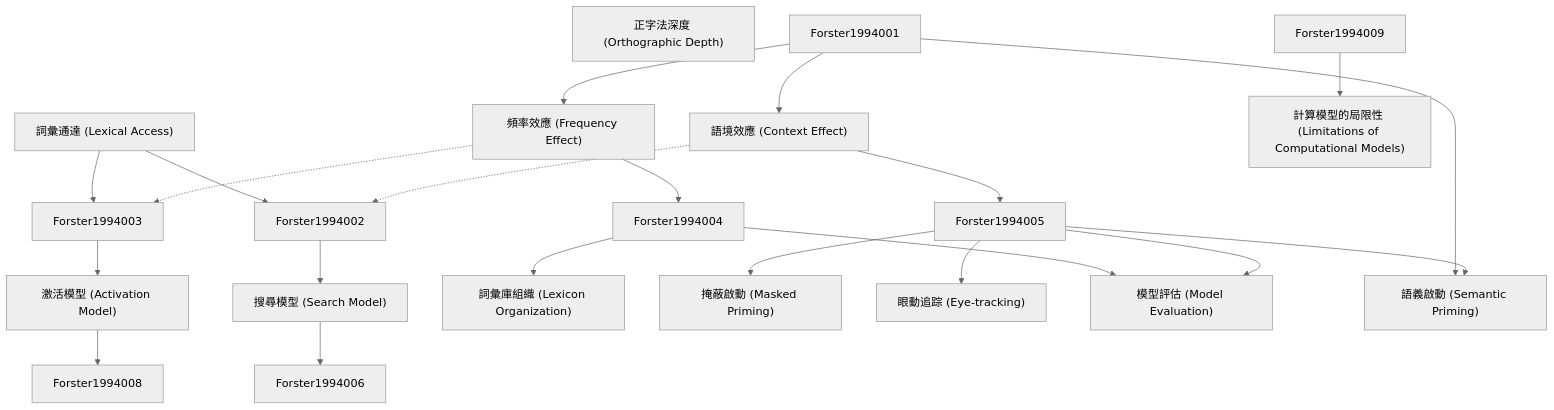
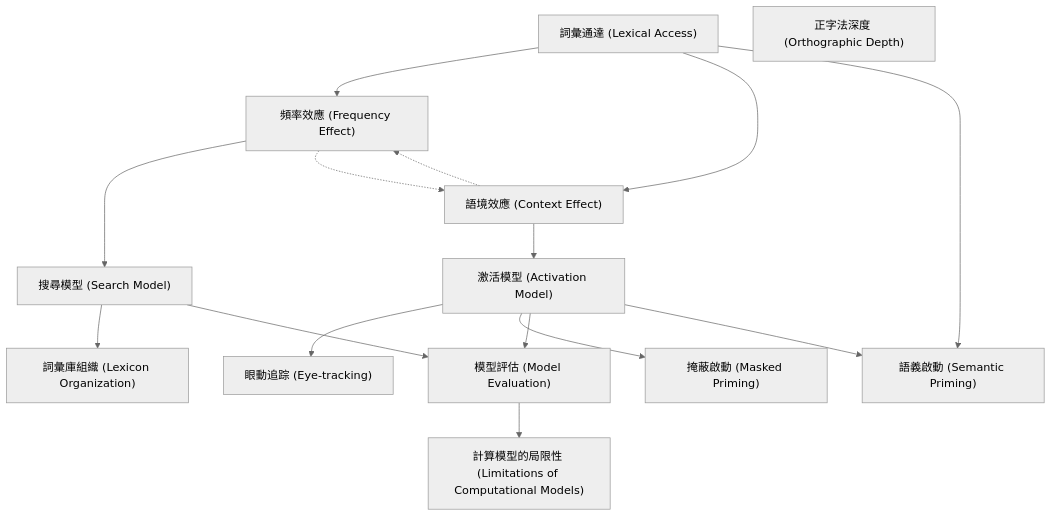
One commit to SCgeeker/Claude_Journal_Club_Agents changed the diagram in output/zettelkasten_notes/zettel_Forster-1994_20251104/zettel_index.md. Above: the diagram before and after it, drawn with Mermaid (neutral theme). The commit also changed 776 other files, not shown here.

````diff
--- a/output/zettelkasten_notes/zettel_Forster-1994_20251104/zettel_index.md
+++ b/output/zettelkasten_notes/zettel_Forster-1994_20251104/zettel_index.md
@@ -92,68 +92,62 @@
 ```mermaid
 graph TD
 
     Forster-1994-001["詞彙通達 (Lexical Access)"]
 
     Forster-1994-002["頻率效應 (Frequency Effect)"]
 
     Forster-1994-003["語境效應 (Context Effect)"]
 
     Forster-1994-004["搜尋模型 (Search Model)"]
 
     Forster-1994-005["激活模型 (Activation Model)"]
 
     Forster-1994-006["詞彙庫組織 (Lexicon Organization)"]
 
     Forster-1994-007["掩蔽啟動 (Masked Priming)"]
 
     Forster-1994-008["眼動追踪 (Eye-tracking)"]
 
     Forster-1994-009["模型評估 (Model Evaluation)"]
 
     Forster-1994-010["語義啟動 (Semantic Priming)"]
 
     Forster-1994-011["正字法深度 (Orthographic Depth)"]
 
     Forster-1994-012["計算模型的局限性 (Limitations of Computational Models)"]
 
-    Forster-1994-001 --> Forster1994002
+    Forster-1994-001 --> Forster-1994-002
 
-    Forster-1994-001 --> Forster1994003
+    Forster-1994-001 --> Forster-1994-003
 
-    Forster1994001 --> Forster-1994-002
 
-    Forster-1994-002 --> Forster1994004
+    Forster-1994-002 --> Forster-1994-004
 
-    Forster-1994-002 -.-> Forster1994003
+    Forster-1994-002 -.-> Forster-1994-003
 
-    Forster1994001 --> Forster-1994-003
 
-    Forster-1994-003 --> Forster1994005
+    Forster-1994-003 --> Forster-1994-005
 
-    Forster-1994-003 -.-> Forster1994002
+    Forster-1994-003 -.-> Forster-1994-002
 
-    Forster1994002 --> Forster-1994-004
 
-    Forster-1994-004 --> Forster1994006
+    Forster-1994-004 --> Forster-1994-006
 
-    Forster1994003 --> Forster-1994-005
 
-    Forster-1994-005 --> Forster1994008
+    Forster-1994-005 --> Forster-1994-008
 
-    Forster1994004 --> Forster-1994-006
 
-    Forster1994005 --> Forster-1994-007
+    Forster-1994-005 --> Forster-1994-007
 
-    Forster1994005 --> Forster-1994-008
 
-    Forster1994004 --> Forster-1994-009
+    Forster-1994-004 --> Forster-1994-009
 
-    Forster1994005 --> Forster-1994-009
+    Forster-1994-005 --> Forster-1994-009
 
-    Forster1994001 --> Forster-1994-010
+    Forster-1994-001 --> Forster-1994-010
 
-    Forster1994005 --> Forster-1994-010
+    Forster-1994-005 --> Forster-1994-010
 
-    Forster1994009 --> Forster-1994-012
+    Forster-1994-009 --> Forster-1994-012
 
 ```
````
